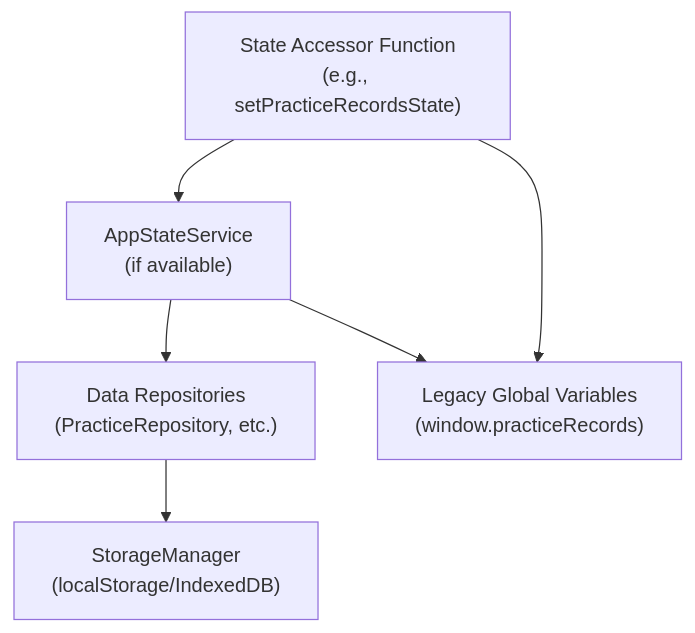
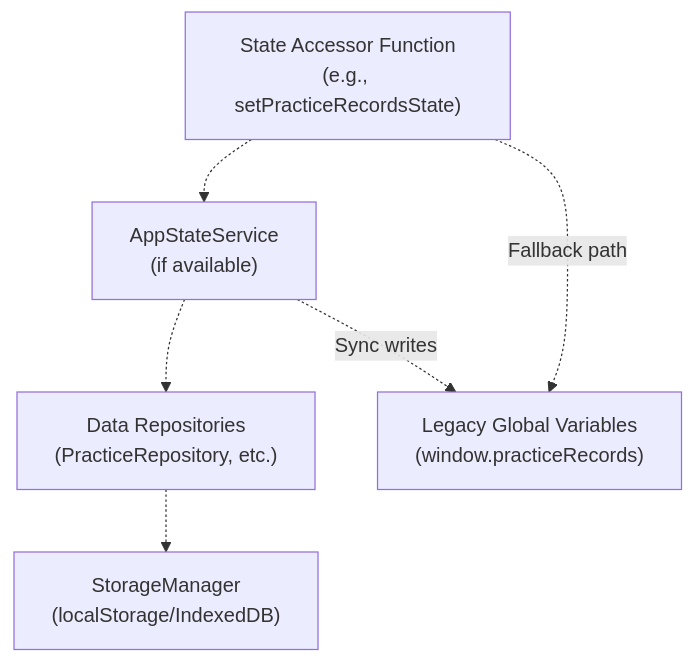
The sixth of 7 diagrams in developer/doc/Wiki/ExamSystemApp-&-State-Management.md (sallowayma-git/IELTS-practice), drawn with Mermaid before and after one commit. The commit also changed other lines of this file and 84 other files, not shown here.

````diff
--- a/developer/doc/Wiki/ExamSystemApp-&-State-Management.md
+++ b/developer/doc/Wiki/ExamSystemApp-&-State-Management.md
@@ -502,15 +512,15 @@
 ```mermaid
 flowchart TD
 
 StateAccessor["State Accessor Function<br>(e.g., setPracticeRecordsState)"]
 StateService["AppStateService<br>(if available)"]
 Repositories["Data Repositories<br>(PracticeRepository, etc.)"]
 Storage["StorageManager<br>(localStorage/IndexedDB)"]
 LegacyGlobal["Legacy Global Variables<br>(window.practiceRecords)"]
 
-StateAccessor --> StateService
-StateService --> Repositories
-Repositories --> Storage
-StateService --> LegacyGlobal
-StateAccessor --> LegacyGlobal
+StateAccessor -.-> StateService
+StateService -.-> Repositories
+Repositories -.-> Storage
+StateService -.->|"Sync writes"| LegacyGlobal
+StateAccessor -.->|"Fallback path"| LegacyGlobal
 ```
````
